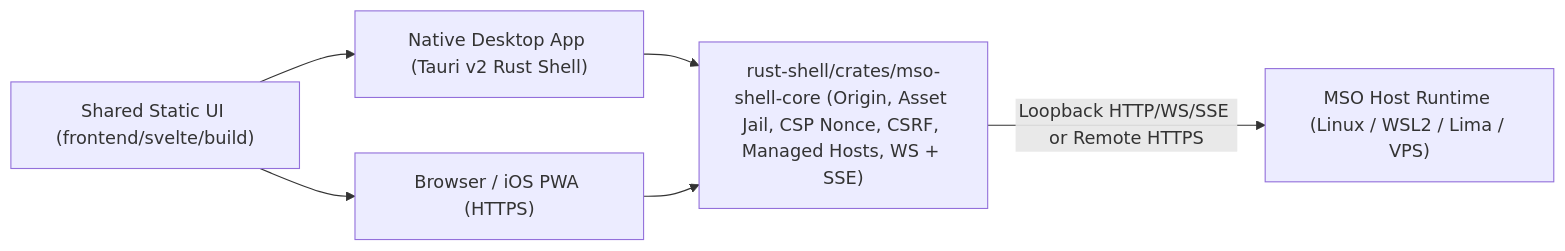
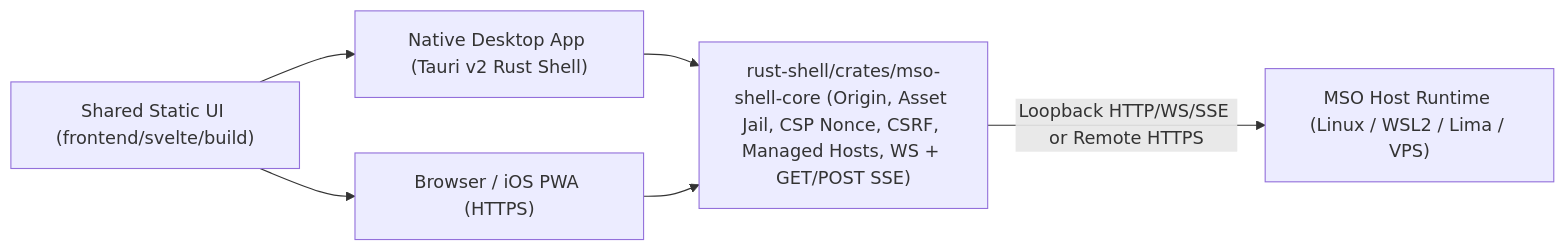
One commit to rahmanef63/mso changed the diagram in docs/RUST-SHELL-PLAN.md. Above: the diagram before and after it, drawn with Mermaid. The commit also changed other lines of this file and 22 other files, not shown here.

Commit message:
feat(hybrid): land Increment 4A slices and Rust Stage R3B POST SSE

````diff
--- a/docs/RUST-SHELL-PLAN.md
+++ b/docs/RUST-SHELL-PLAN.md
@@ -62,14 +64,14 @@
 ```mermaid
 flowchart LR
   UI["Shared Static UI (frontend/svelte/build)"]
   Web["Browser / iOS PWA (HTTPS)"]
   Desktop["Native Desktop App (Tauri v2 Rust Shell)"]
-  Core["rust-shell/crates/mso-shell-core (Origin, Asset Jail, CSP Nonce, CSRF, Managed Hosts, WS + SSE)"]
+  Core["rust-shell/crates/mso-shell-core (Origin, Asset Jail, CSP Nonce, CSRF, Managed Hosts, WS + GET/POST SSE)"]
   Host["MSO Host Runtime (Linux / WSL2 / Lima / VPS)"]
 
   UI --> Web
   UI --> Desktop
   Desktop --> Core
   Web --> Core
   Core -->|"Loopback HTTP/WS/SSE or Remote HTTPS"| Host
 ```
````
